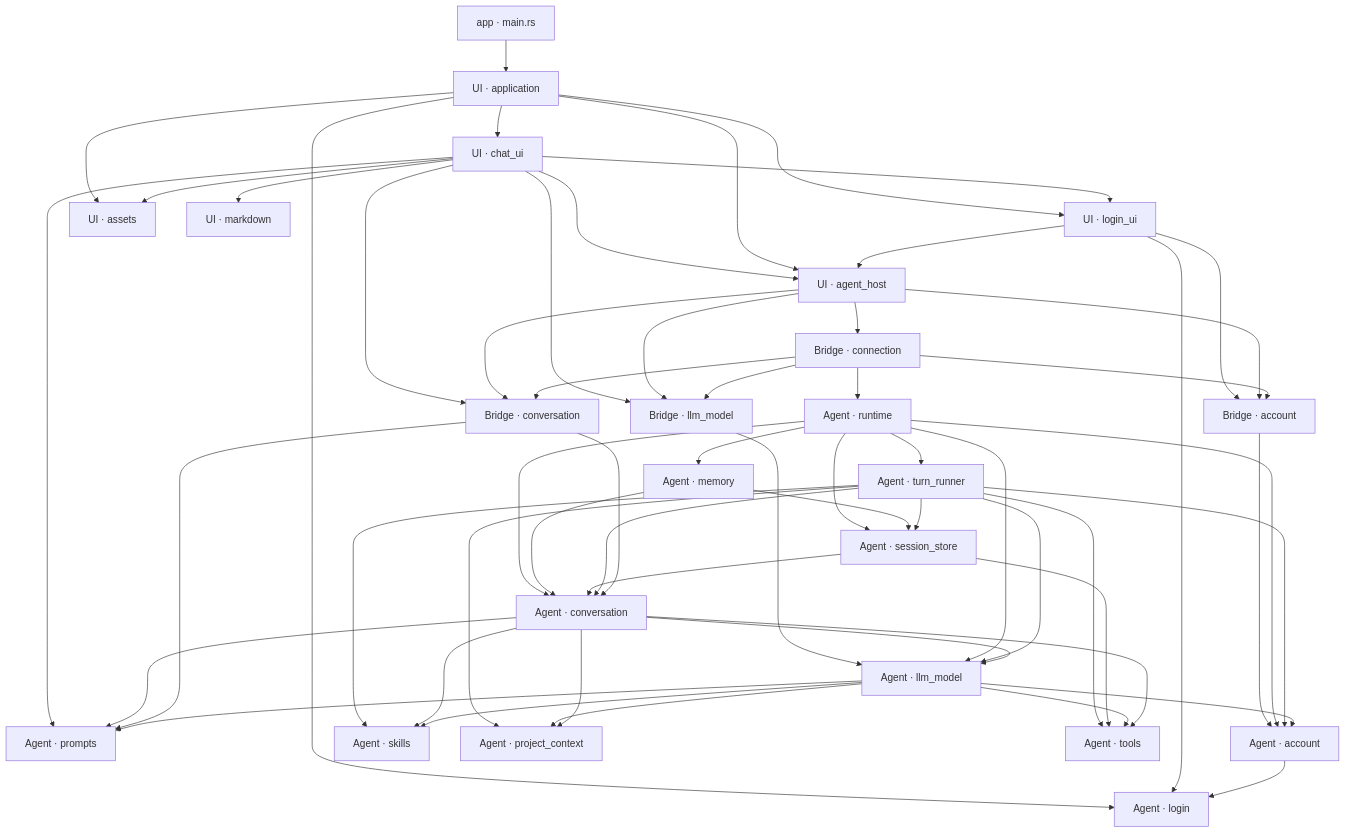
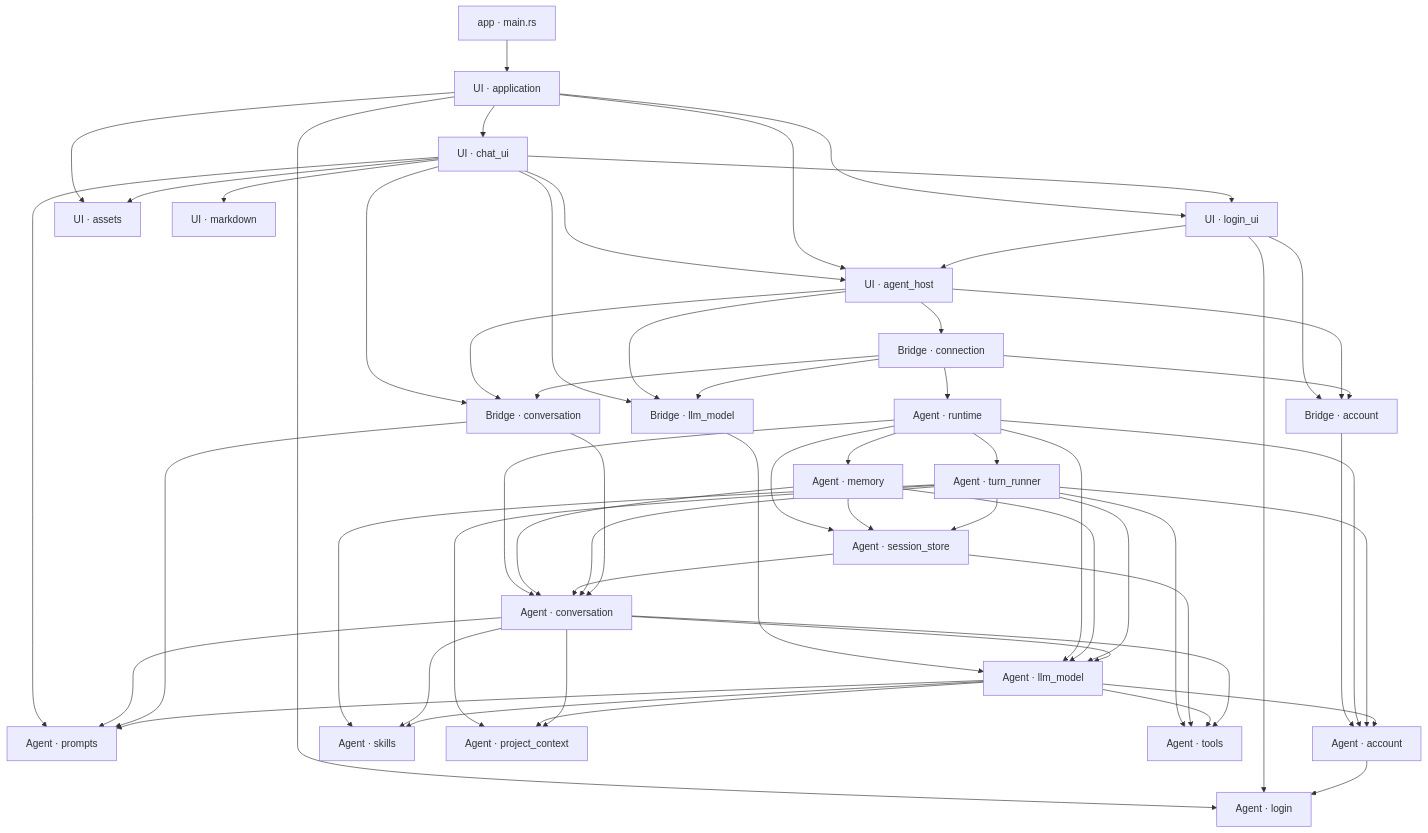
The first of 3 diagrams in docs/design/architecture.md (slc90/Agentelier), drawn with Mermaid before and after one commit. The commit also changed 21 other files, not shown here.

````diff
--- a/docs/design/architecture.md
+++ b/docs/design/architecture.md
@@ -37,59 +37,60 @@
 ```mermaid
 flowchart TD
     Entry["app · main.rs"] --> App["UI · application"]
     App --> UI["UI · login_ui"]
     App --> Assets["UI · assets"]
     App --> Login["Agent · login"]
     UI --> Login
     App --> ChatUI["UI · chat_ui"]
     ChatUI --> Markdown["UI · markdown"]
     ChatUI --> UI
     ChatUI --> Host
     App --> Host["UI · agent_host"]
     UI --> Host
     Host --> Connection["Bridge · connection"]
     UI --> AccountBridge["Bridge · account"]
     ChatUI --> ModelBridge["Bridge · llm_model"]
     ChatUI --> ConversationBridge["Bridge · conversation"]
     ChatUI --> Prompts["Agent · prompts"]
     ChatUI --> Assets
     Host --> AccountBridge
     Host --> ModelBridge
     Host --> ConversationBridge
     Connection --> Runtime["Agent · runtime"]
     Connection --> AccountBridge
     Connection --> ModelBridge
     Connection --> ConversationBridge
     AccountBridge --> Account["Agent · account"]
     ModelBridge --> Model["Agent · llm_model"]
     Runtime --> Account
     Runtime --> Model
     Runtime --> Conversation["Agent · conversation"]
     Runtime --> SessionStore["Agent · session_store"]
     Runtime --> Memory["Agent · memory"]
     Memory --> SessionStore
     Memory --> Conversation
+    Memory --> Model
     SessionStore --> Conversation
     Runtime --> Runner["Agent · turn_runner"]
     Runner --> Conversation
     Runner --> Skills["Agent · skills"]
     Conversation --> Skills
     Runner --> ProjectContext["Agent · project_context"]
     Runner --> Model
     Runner --> Account
     Runner --> Tools["Agent · tools"]
     Runner --> SessionStore
     SessionStore --> Tools
     Model --> Skills
     Model --> ProjectContext
     Model --> Tools
     Conversation --> Tools
     Conversation --> Model
     Conversation --> Prompts
     Conversation --> ProjectContext
     ConversationBridge --> Conversation
     ConversationBridge --> Prompts
     Model --> Prompts
     Model --> Account
     Account --> Login
 ```
````
